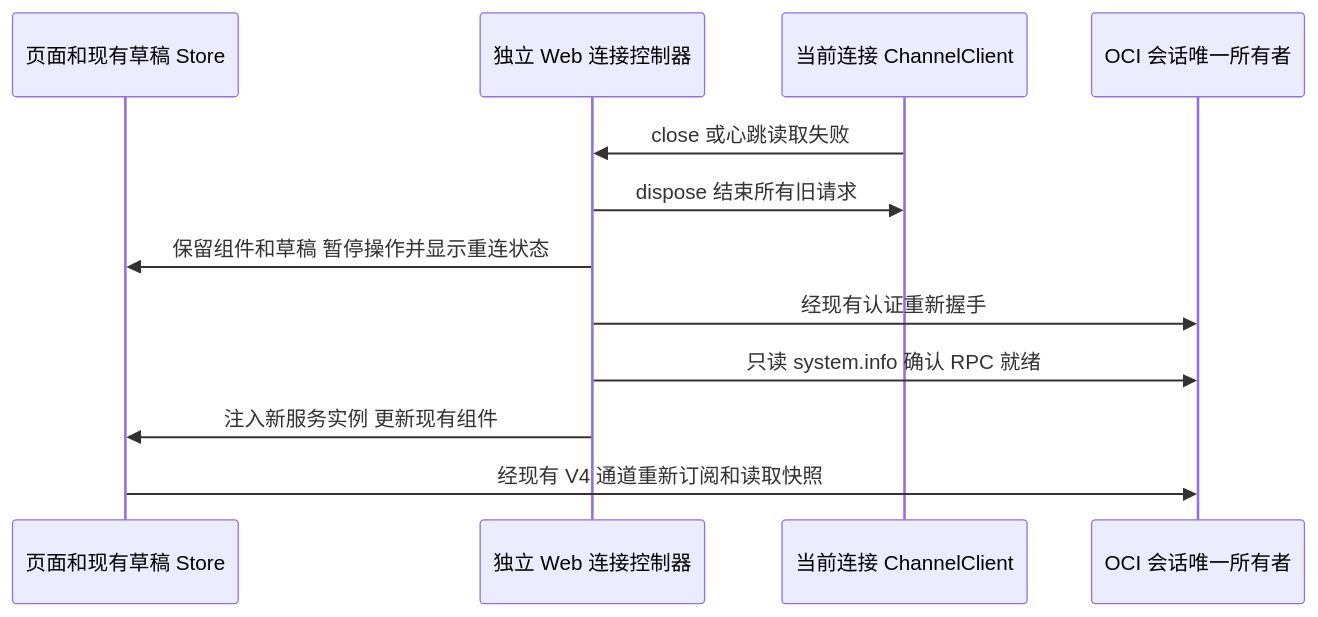
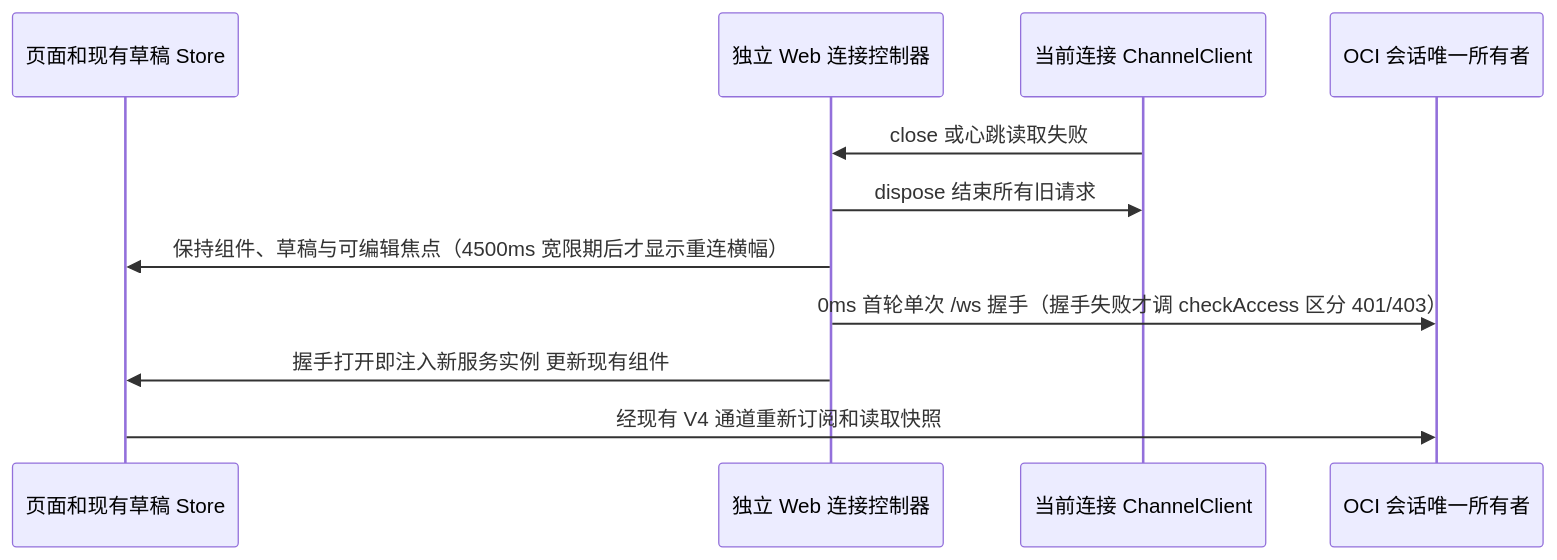
Before and after one commit to uselessbug/ZCode: the diagram in docs/standalone-web-recovery.md, drawn with Mermaid. The commit also changed other lines of this file and 40 other files, not shown here.

````diff
--- a/docs/standalone-web-recovery.md
+++ b/docs/standalone-web-recovery.md
@@ -9,14 +9,13 @@
 ```mermaid
 sequenceDiagram
     participant UI as 页面和现有草稿 Store
     participant Owner as 独立 Web 连接控制器
     participant RPC as 当前连接 ChannelClient
     participant Host as OCI 会话唯一所有者
     RPC->>Owner: close 或心跳读取失败
     Owner->>RPC: dispose 结束所有旧请求
-    Owner->>UI: 保留组件和草稿 暂停操作并显示重连状态
-    Owner->>Host: 经现有认证重新握手
-    Owner->>Host: 只读 system.info 确认 RPC 就绪
-    Owner->>UI: 注入新服务实例 更新现有组件
+    Owner->>UI: 保持组件、草稿与可编辑焦点（4500ms 宽限期后才显示重连横幅）
+    Owner->>Host: 0ms 首轮单次 /ws 握手（握手失败才调 checkAccess 区分 401/403）
+    Owner->>UI: 握手打开即注入新服务实例 更新现有组件
     UI->>Host: 经现有 V4 通道重新订阅和读取快照
 ```
````
